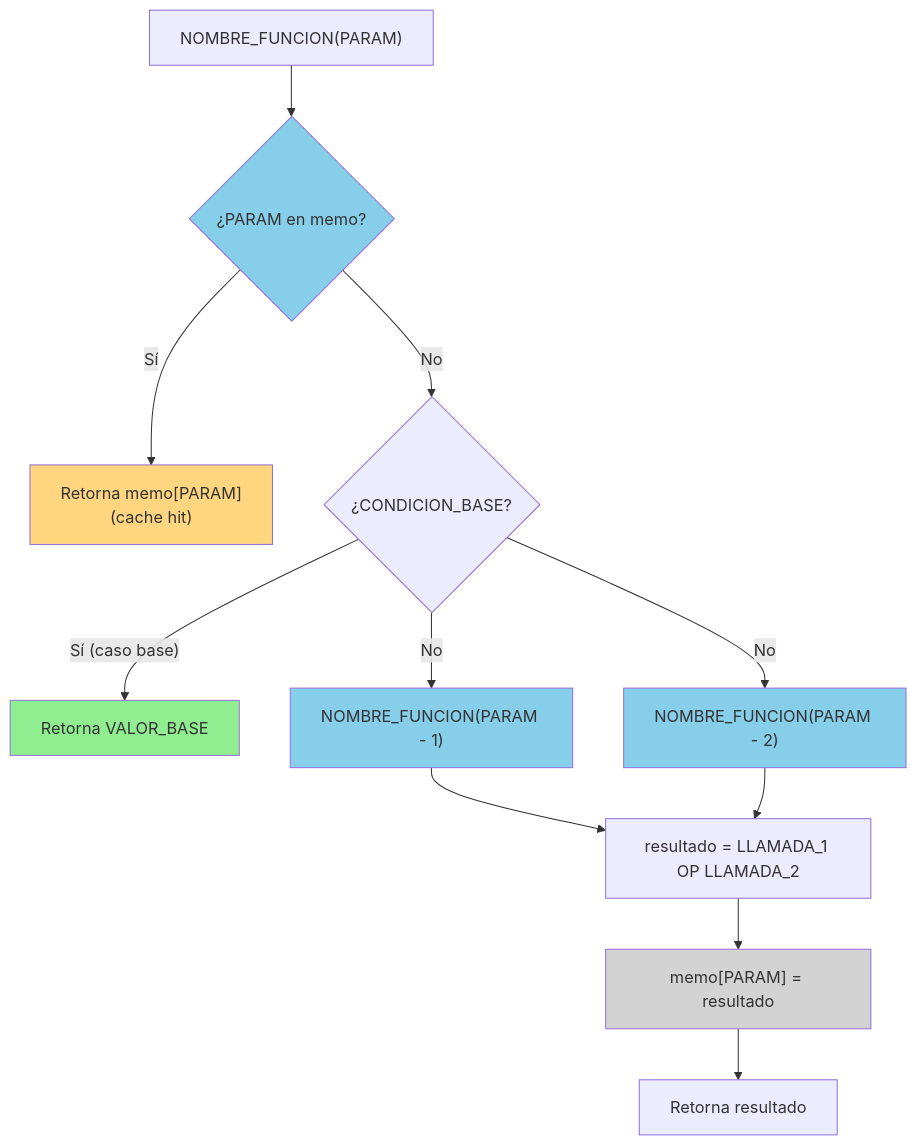
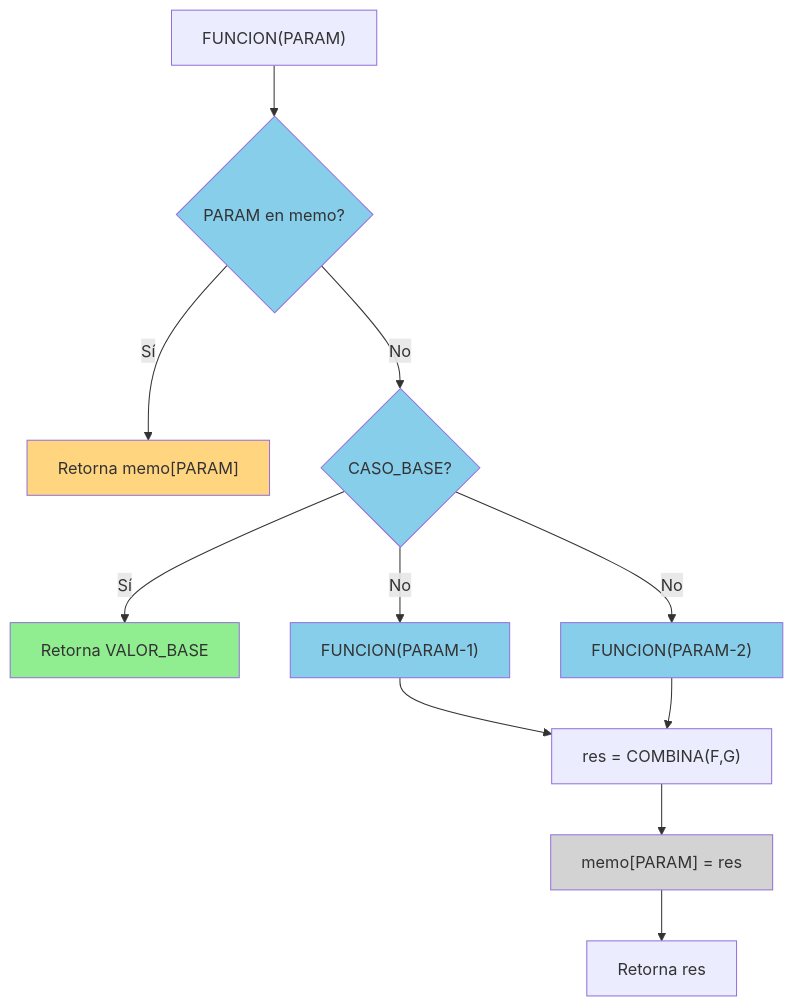
Before and after one commit to nehuenlabs/estudios-algoritmos-recursividad: diagram 11 of 58 in plantilla-soluciones.md, drawn with Mermaid. The commit also changed other lines of this file, not shown here.

````diff
--- a/plantilla-soluciones.md
+++ b/plantilla-soluciones.md
@@ -262,31 +354,31 @@
 ```mermaid
 flowchart TD
-    A["NOMBRE_FUNCION(PARAM)"]
-    B{"¿PARAM en memo?"}
-    C["Retorna memo[PARAM]\n(cache hit)"]
-    D{"¿CONDICION_BASE?"}
+    A["FUNCION(PARAM)"]
+    B{"PARAM en memo?"}
+    C["Retorna memo[PARAM]"]
+    D{"CASO_BASE?"}
     E["Retorna VALOR_BASE"]
-    F["NOMBRE_FUNCION(PARAM - 1)"]
-    G["NOMBRE_FUNCION(PARAM - 2)"]
-    H["resultado = LLAMADA_1 OP LLAMADA_2"]
-    I["memo[PARAM] = resultado"]
-    J["Retorna resultado"]
+    F["FUNCION(PARAM-1)"]
+    G["FUNCION(PARAM-2)"]
+    H["res = COMBINA(F,G)"]
+    I["memo[PARAM] = res"]
+    J["Retorna res"]
 
     A --> B
     B -- "Sí" --> C
     B -- "No" --> D
-    D -- "Sí (caso base)" --> E
+    D -- "Sí" --> E
     D -- "No" --> F
     D -- "No" --> G
     F --> H
     G --> H
-    H --> I
-    I --> J
+    H --> I --> J
 
     style C fill:#FFD580
     style E fill:#90EE90
     style B fill:#87CEEB
+    style D fill:#87CEEB
     style F fill:#87CEEB
     style G fill:#87CEEB
     style I fill:#D3D3D3
 ```
````
